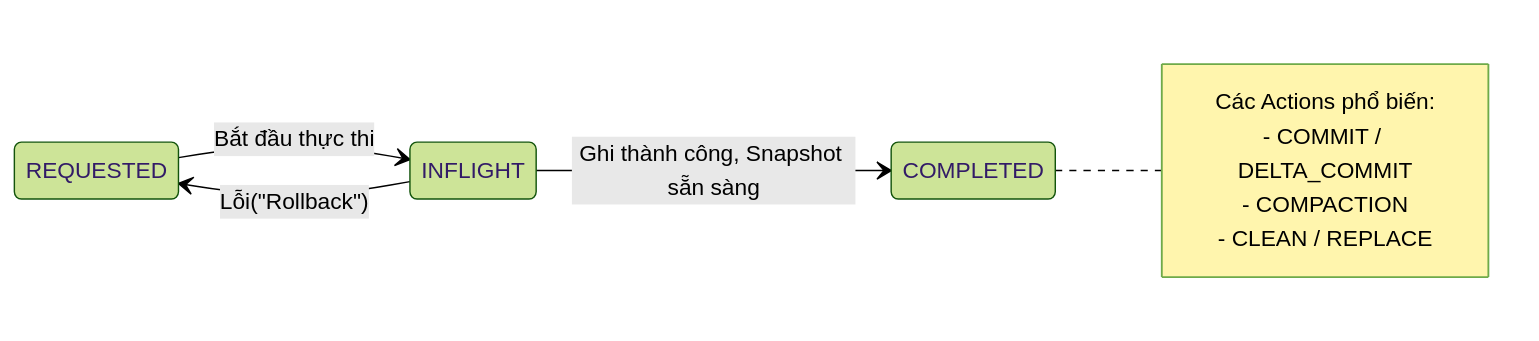
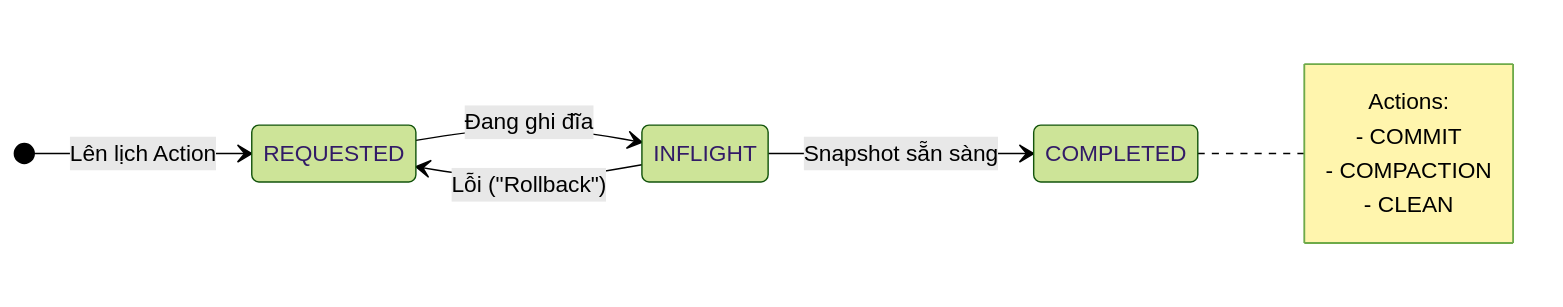
The first of 2 diagrams in src/content/docs/concepts/3-storage-engines-formats/apache-hudi.md (kythuatdulieu/kythuatdulieu.github.io), drawn with Mermaid (forest theme) before and after one commit. The commit also changed other lines of this file and 213 other files, not shown here.

Commit message:
Fix syntax and rewrite 200+ concepts docs to deep-dive system architecture and add GA4 tracking to quiz app

````diff
--- a/src/content/docs/concepts/3-storage-engines-formats/apache-hudi.md
+++ b/src/content/docs/concepts/3-storage-engines-formats/apache-hudi.md
@@ -26,14 +25,15 @@
 ```mermaid
 stateDiagram-v2
-    direction LR["*"] --> REQUESTED: Lên lịch Action
-    REQUESTED --> INFLIGHT: Bắt đầu thực thi
-    INFLIGHT --> COMPLETED: Ghi thành công, Snapshot sẵn sàng
-    INFLIGHT --> REQUESTED: Lỗi("Rollback")
+    direction LR
+    [*] --> REQUESTED: Lên lịch Action
+    REQUESTED --> INFLIGHT: Đang ghi đĩa
+    INFLIGHT --> COMPLETED: Snapshot sẵn sàng
+    INFLIGHT --> REQUESTED: Lỗi ("Rollback")
     
     note right of COMPLETED
-      Các Actions phổ biến:
-      - COMMIT / DELTA_COMMIT
+      Actions:
+      - COMMIT
       - COMPACTION
-      - CLEAN / REPLACE
+      - CLEAN
     end note
 ```
````
